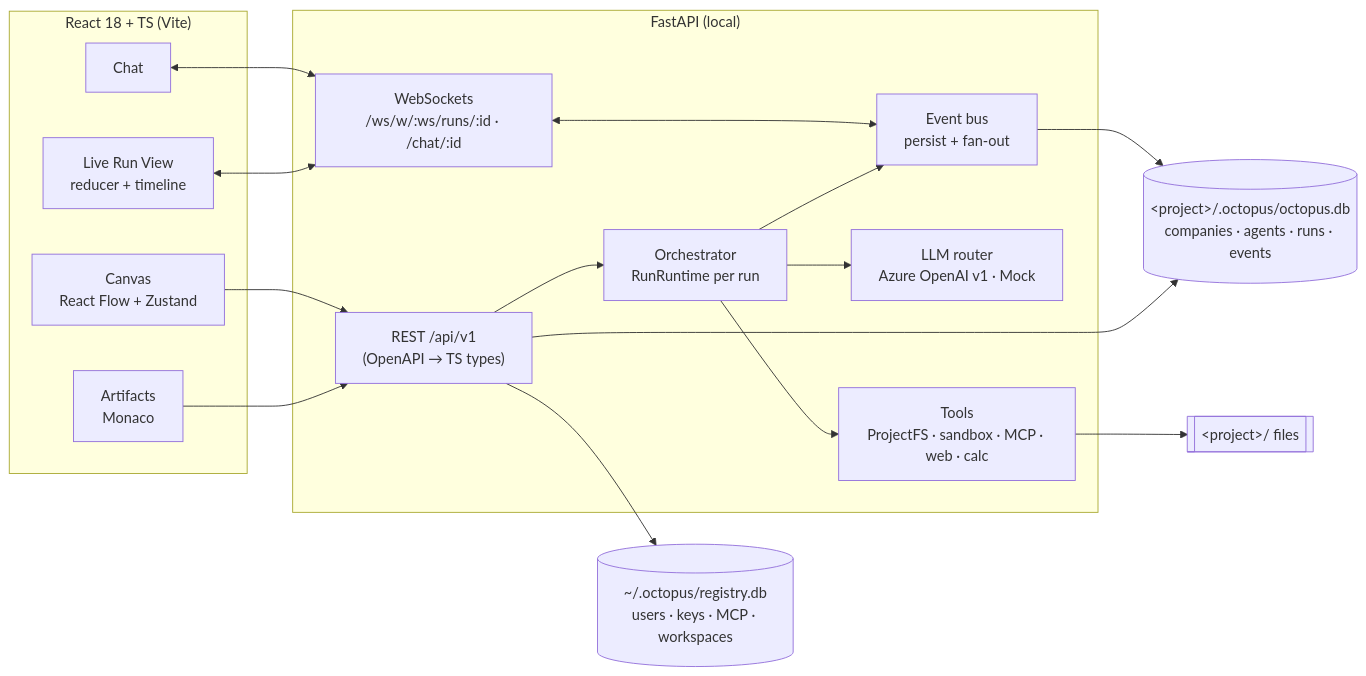
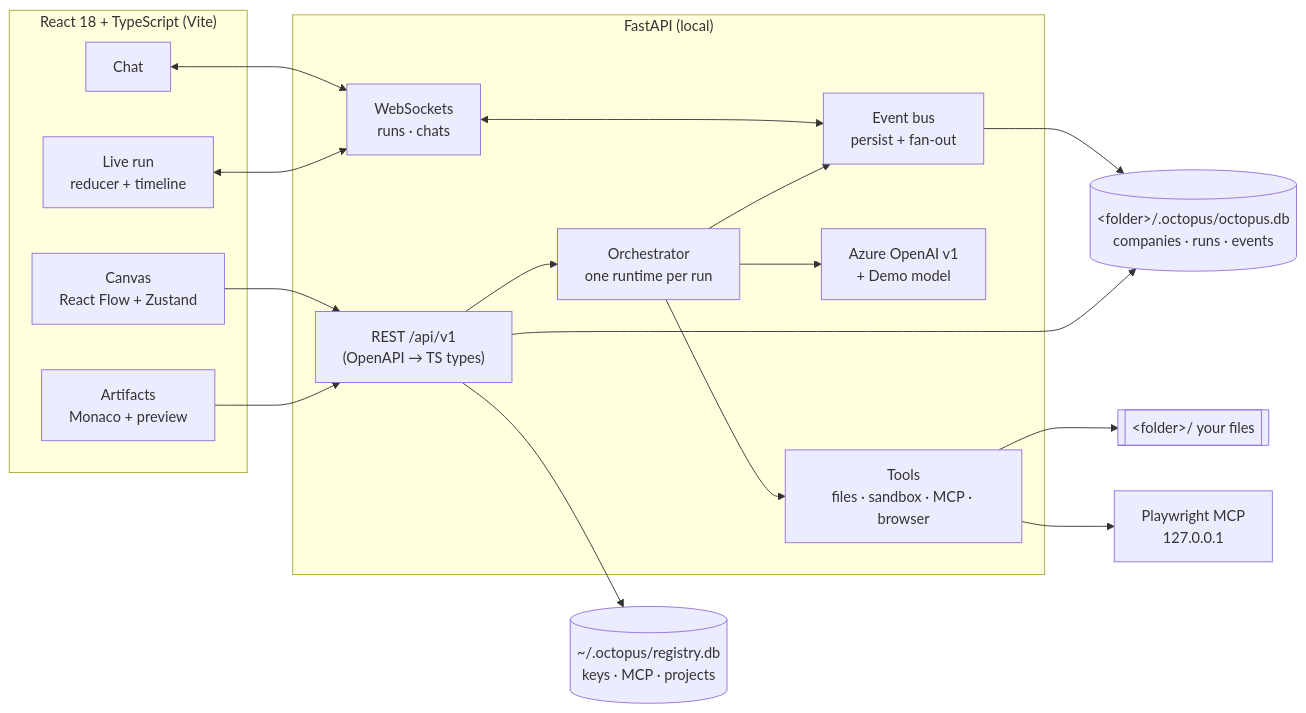
One commit to bala2006/octopus changed the diagram in README.md. Above: the diagram before and after it, drawn with Mermaid. The commit also changed other lines of this file and 45 other files, not shown here.

First line of the commit message:
docs: doodle octopus logo, 1-minute product demo video, rewritten README/ARCHITECTURE/DEMO

````diff
--- a/README.md
+++ b/README.md
@@ -76,28 +110,30 @@
 ```mermaid
 flowchart LR
-  subgraph Browser["React 18 + TS (Vite)"]
+  subgraph Browser["React 18 + TypeScript (Vite)"]
     Canvas["Canvas<br/>React Flow + Zustand"]
     Chat["Chat"]
-    Live["Live Run View<br/>reducer + timeline"]
-    Art["Artifacts<br/>Monaco"]
+    Live["Live run<br/>reducer + timeline"]
+    Art["Artifacts<br/>Monaco + preview"]
   end
   subgraph API["FastAPI (local)"]
     REST["REST /api/v1<br/>(OpenAPI → TS types)"]
-    WS["WebSockets<br/>/ws/w/:ws/runs/:id · /chat/:id"]
-    ORC["Orchestrator<br/>RunRuntime per run"]
+    WS["WebSockets<br/>runs · chats"]
+    ORC["Orchestrator<br/>one runtime per run"]
     BUS["Event bus<br/>persist + fan-out"]
-    LLM["LLM router<br/>Azure OpenAI v1 · Mock"]
-    TOOLS["Tools<br/>ProjectFS · sandbox · MCP · web · calc"]
+    LLM["Azure OpenAI v1<br/>+ Demo model"]
+    TOOLS["Tools<br/>files · sandbox · MCP · browser"]
   end
-  REG[("~/.octopus/registry.db<br/>users · keys · MCP · workspaces")]
-  PDB[("&lt;project&gt;/.octopus/octopus.db<br/>companies · agents · runs · events")]
-  DIR[["&lt;project&gt;/ files"]]
+  PW["Playwright MCP<br/>127.0.0.1"]
+  REG[("~/.octopus/registry.db<br/>keys · MCP · projects")]
+  PDB[("&lt;folder&gt;/.octopus/octopus.db<br/>companies · runs · events")]
+  DIR[["&lt;folder&gt;/ your files"]]
   Canvas & Art --> REST
   Chat & Live <--> WS
   REST --> ORC
   WS <--> BUS
   ORC --> BUS --> PDB
   ORC --> LLM
   ORC --> TOOLS --> DIR
+  TOOLS --> PW
   REST --> REG & PDB
 ```
````
